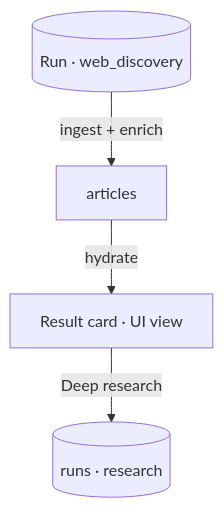
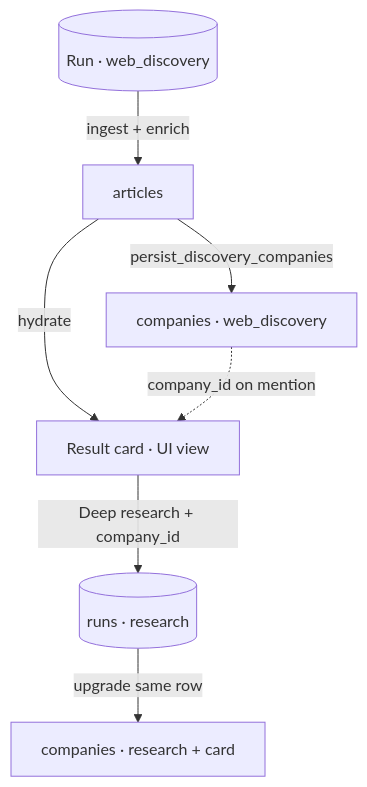
One commit to Growth-Maschine/NORAD-INTEL-ENGINE-V1 changed the fifth of 10 diagrams in docs/phase-1/P1-04-admin.md. Above: the diagram before and after it, drawn with Mermaid. The commit also changed other lines of this file and 8 other files, not shown here.

First line of the commit message:
feat(docs): enhance phase-1 documentation for company research and discovery features

````diff
--- a/docs/phase-1/P1-04-admin.md
+++ b/docs/phase-1/P1-04-admin.md
@@ -983,10 +1004,14 @@
 ```mermaid
 flowchart TB
     RUNS[(Run · web_discovery)]
     ART[articles]
+    CO[companies · web_discovery]
     CARD[Result card · UI view]
 
     RUNS -->|ingest + enrich| ART
+    ART -->|persist_discovery_companies| CO
     ART -->|hydrate| CARD
-    CARD -->|Deep research| DRR[(runs · research)]
+    CO -.->|company_id on mention| CARD
+    CARD -->|Deep research + company_id| DRR[(runs · research)]
+    DRR -->|upgrade same row| CO2[companies · research + card]
 ```
````
